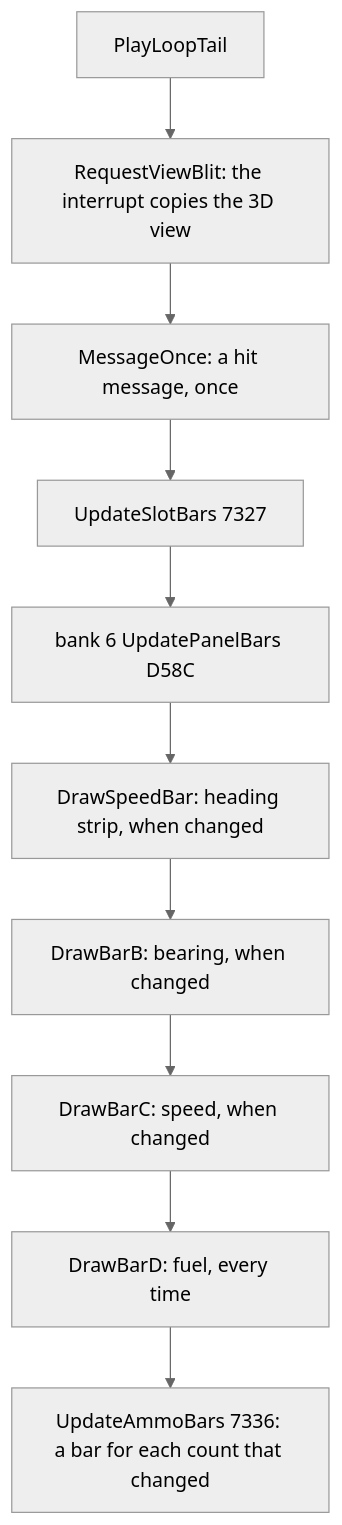
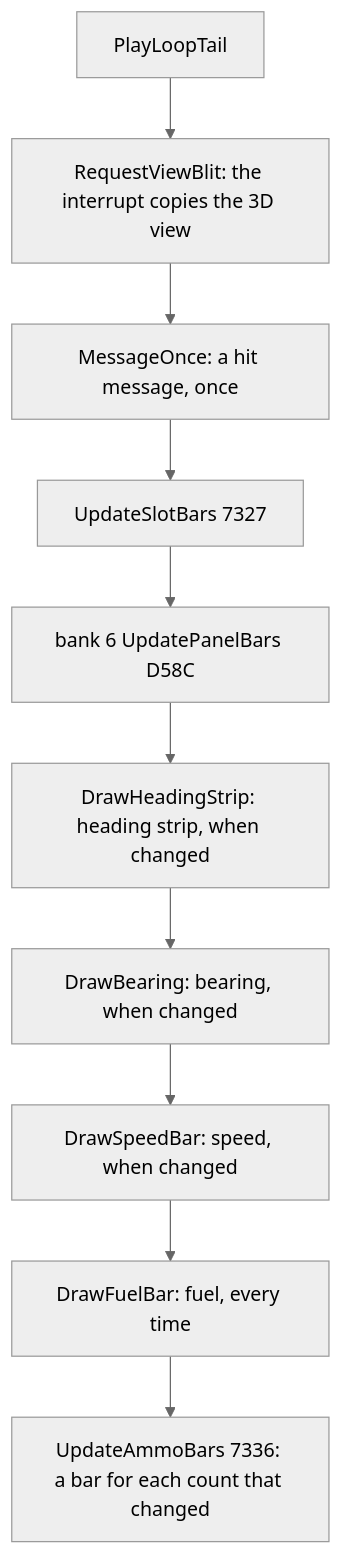
Before and after one commit to alfishe/unrealng-reverse-cases: the fifth of 8 diagrams in games/battle-command/docs/08-hud-and-text.md, drawn with Mermaid (neutral theme). The commit also changed other lines of this file and 105 other files, not shown here.

````diff
--- a/games/battle-command/docs/08-hud-and-text.md
+++ b/games/battle-command/docs/08-hud-and-text.md
@@ -471,12 +470,12 @@
 ```mermaid
 flowchart TD
     P["PlayLoopTail"] --> R["RequestViewBlit: the interrupt copies the 3D view"]
     R --> M["MessageOnce: a hit message, once"]
     M --> U["UpdateSlotBars 7327"]
     U --> B6["bank 6 UpdatePanelBars D58C"]
-    B6 --> H["DrawSpeedBar: heading strip, when changed"]
-    H --> BB["DrawBarB: bearing, when changed"]
-    BB --> BC["DrawBarC: speed, when changed"]
-    BC --> BD["DrawBarD: fuel, every time"]
+    B6 --> H["DrawHeadingStrip: heading strip, when changed"]
+    H --> BB["DrawBearing: bearing, when changed"]
+    BB --> BC["DrawSpeedBar: speed, when changed"]
+    BC --> BD["DrawFuelBar: fuel, every time"]
     BD --> A["UpdateAmmoBars 7336: a bar for each count that changed"]
 ```
````
